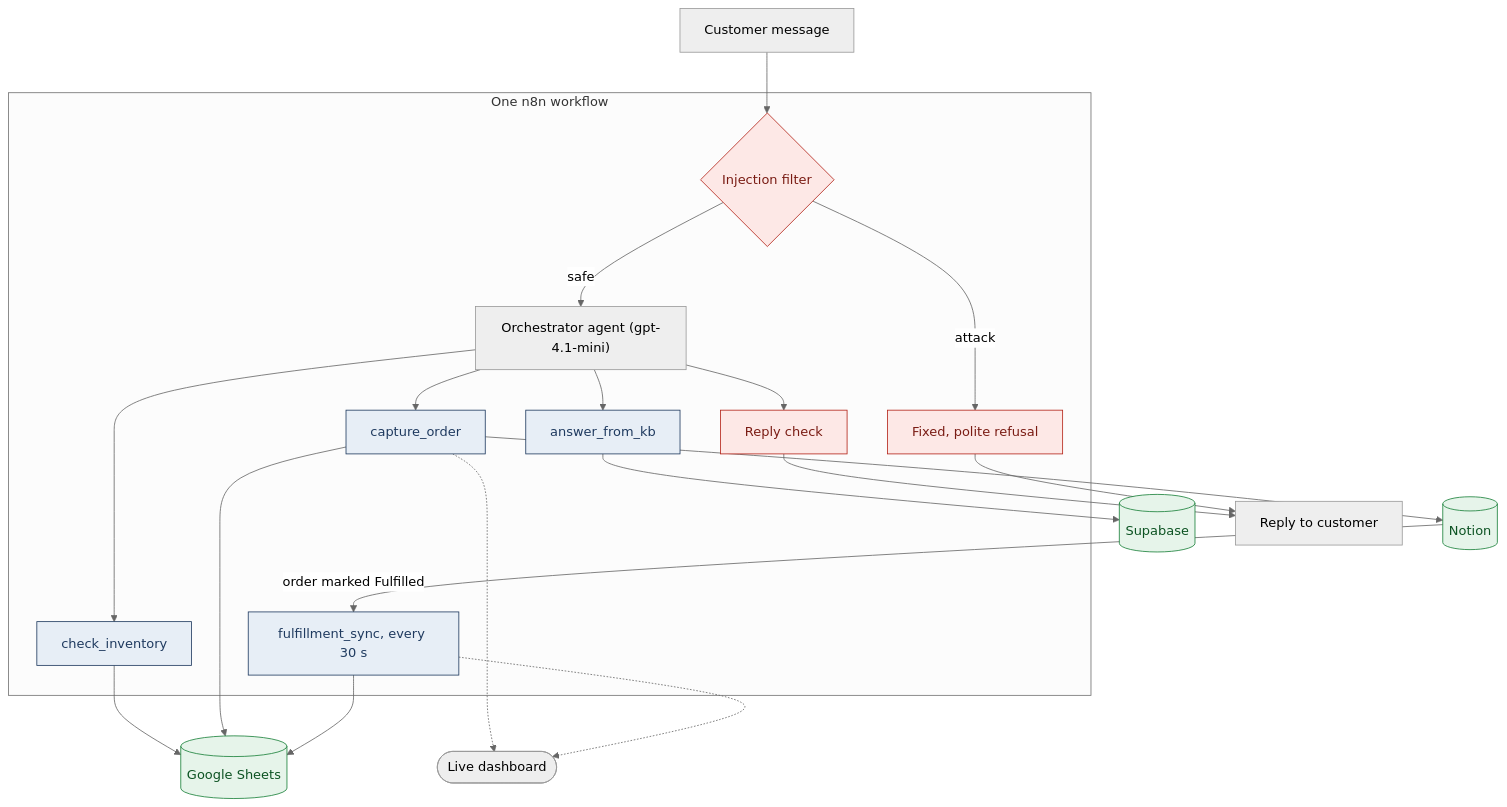
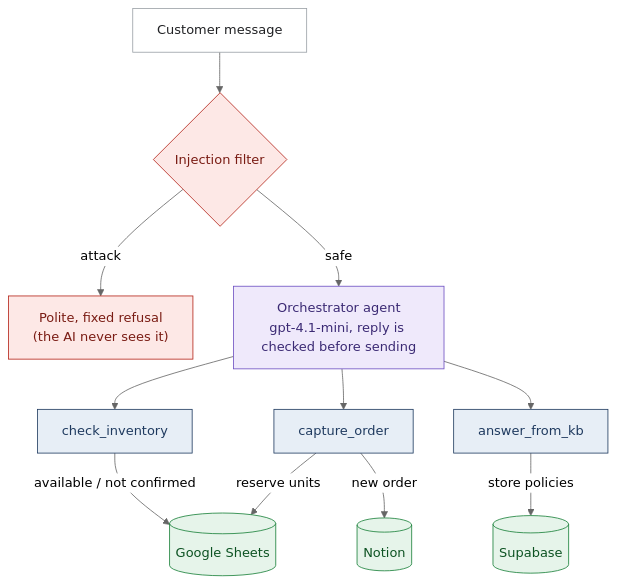
Before and after one commit to RideneFiras/MultiAppHackathon: the diagram in docs/architecture.mmd, drawn with Mermaid (neutral theme). The commit also changed 4 other files, not shown here.

First line of the commit message:
README: two clean architecture diagrams as images

```diff
--- a/docs/architecture.mmd
+++ b/docs/architecture.mmd
@@ -1,34 +1,21 @@
 flowchart TD
-    customer["Customer message"] --> filter
-    subgraph workflow["One n8n workflow"]
-        filter{"Injection filter"}
-        refusal["Fixed, polite refusal"]
-        agent["Orchestrator agent (gpt-4.1-mini)"]
-        inventory["check_inventory"]
-        capture["capture_order"]
-        kb["answer_from_kb"]
-        check["Reply check"]
-        sync["fulfillment_sync, every 30 s"]
-        filter -- "attack" --> refusal
-        filter -- "safe" --> agent
-        agent --> inventory
-        agent --> capture
-        agent --> kb
-        agent --> check
-    end
-    inventory --> sheets[("Google Sheets")]
-    capture --> sheets
-    capture --> notion[("Notion")]
-    kb --> supabase[("Supabase")]
-    notion -- "order marked Fulfilled" --> sync
-    sync --> sheets
-    check --> reply["Reply to customer"]
-    refusal --> reply
-    capture -.-> dashboard(["Live dashboard"])
-    sync -.-> dashboard
+    customer["Customer message"] --> filter{"Injection filter"}
+    filter -- "attack" --> refusal["Polite, fixed refusal<br/>(the AI never sees it)"]
+    filter -- "safe" --> agent["Orchestrator agent<br/>gpt-4.1-mini, reply is checked before sending"]
+    agent --> inventory["check_inventory"]
+    agent --> capture["capture_order"]
+    agent --> kb["answer_from_kb"]
+    inventory -- "available / not confirmed" --> sheets[("Google Sheets")]
+    capture -- "reserve units" --> sheets
+    capture -- "new order" --> notion[("Notion")]
+    kb -- "store policies" --> supabase[("Supabase")]
     classDef guard fill:#fde8e6,stroke:#b42318,color:#7a1c14
+    classDef agentc fill:#efe9fb,stroke:#6d4fc2,color:#3b2a74
     classDef tool fill:#e7eef6,stroke:#1f3a5f,color:#1f3a5f
     classDef app fill:#e6f4ea,stroke:#188038,color:#0d5323
-    class filter,refusal,check guard
-    class inventory,capture,kb,sync tool
+    classDef plain fill:#ffffff,stroke:#9aa0a6,color:#202124
+    class customer plain
+    class filter,refusal guard
+    class agent agentc
+    class inventory,capture,kb tool
     class sheets,notion,supabase app
```
